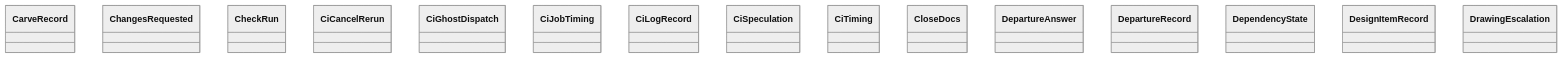
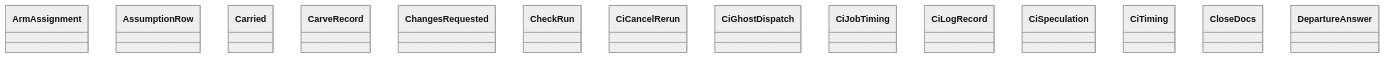
Before and after one commit to GonzaloZevallos/agentic-system: the diagram in docs/architecture/generated/classes-process-domain-state-4.md, drawn with Mermaid (neutral theme). The commit also changed other lines of this file and 27 other files, not shown here.

First line of the commit message:
Regenerate the architecture docs over current master

````diff
--- a/docs/architecture/generated/classes-process-domain-state-4.md
+++ b/docs/architecture/generated/classes-process-domain-state-4.md
@@ -29,18 +30,17 @@
 ```mermaid
 classDiagram
+    class task__ArmAssignment["ArmAssignment"]
+    class task__AssumptionRow["AssumptionRow"]
+    class task__Carried["Carried"]
     class task__CarveRecord["CarveRecord"]
     class task__ChangesRequested["ChangesRequested"]
     class task__CheckRun["CheckRun"]
     class task__CiCancelRerun["CiCancelRerun"]
     class task__CiGhostDispatch["CiGhostDispatch"]
     class task__CiJobTiming["CiJobTiming"]
     class task__CiLogRecord["CiLogRecord"]
     class task__CiSpeculation["CiSpeculation"]
     class task__CiTiming["CiTiming"]
     class task__CloseDocs["CloseDocs"]
     class task__DepartureAnswer["DepartureAnswer"]
-    class task__DepartureRecord["DepartureRecord"]
-    class task__DependencyState["DependencyState"]
-    class task__DesignItemRecord["DesignItemRecord"]
-    class task__DrawingEscalation["DrawingEscalation"]
 ```
````
